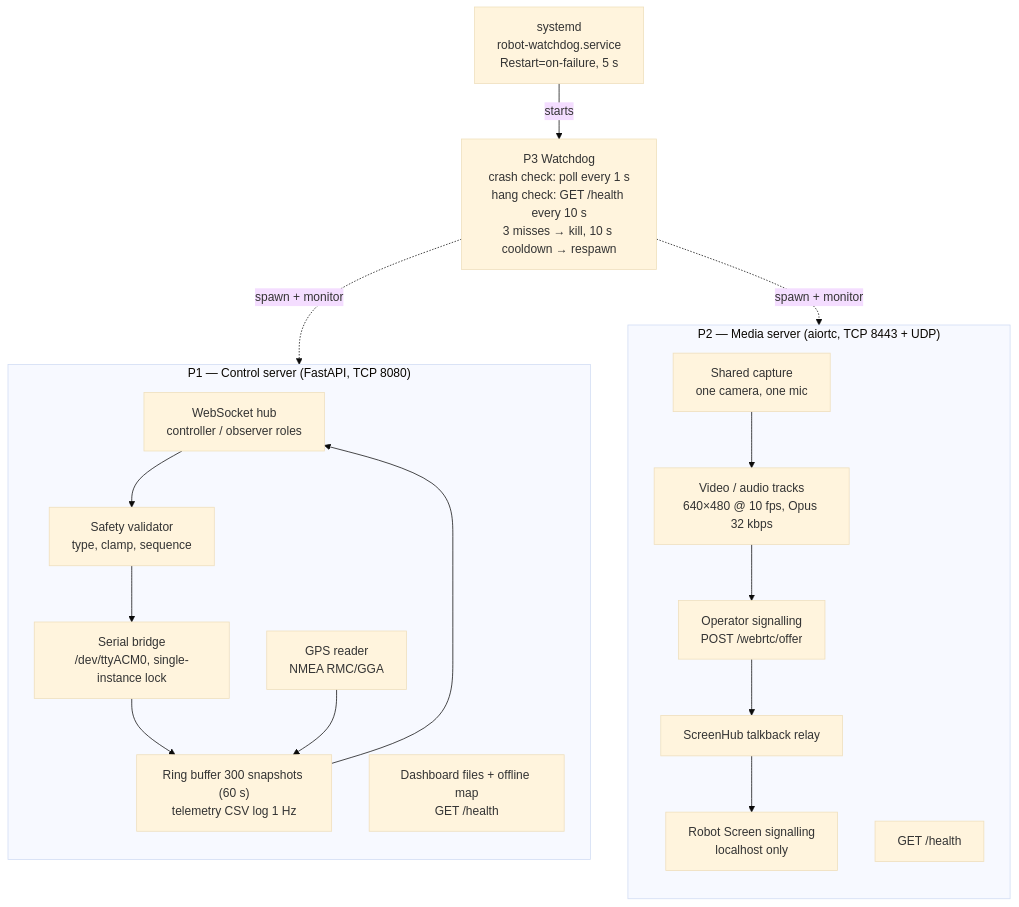
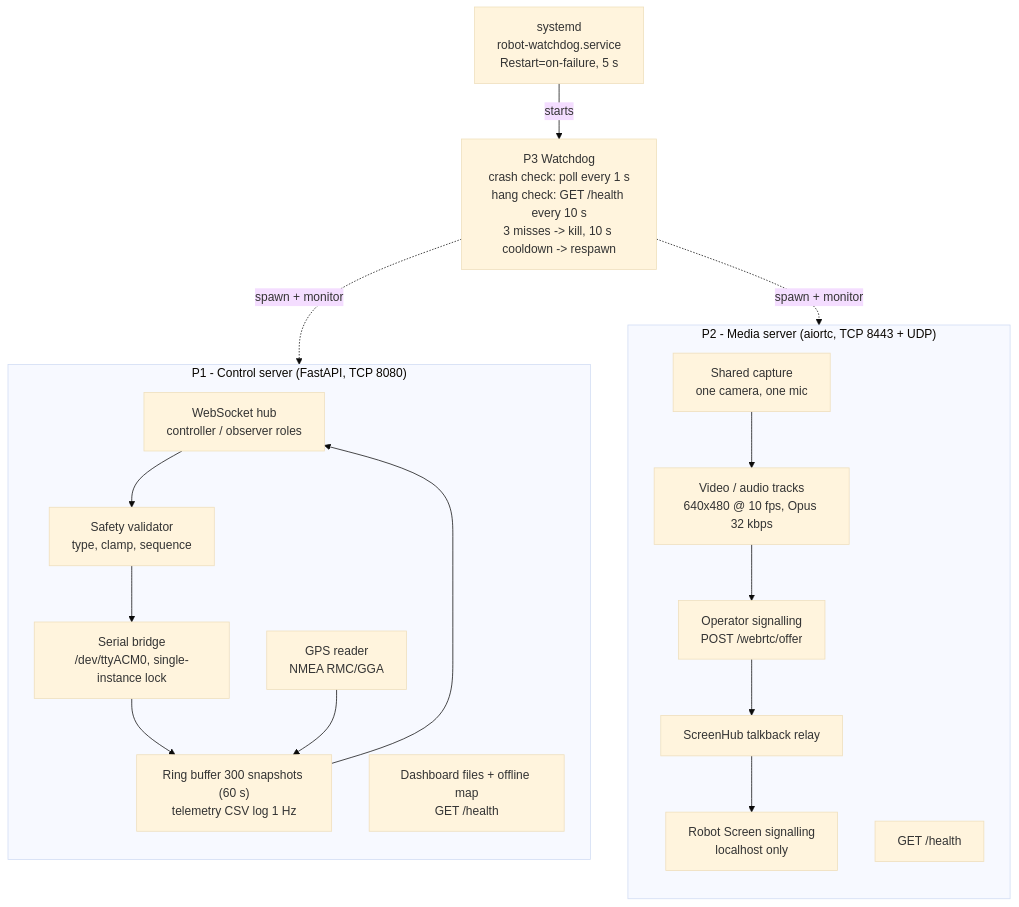
The fourth of 14 diagrams in research paper/methodology_diagrams.md (baiust999/robort-code-from-pi), drawn with Mermaid (base theme) before and after one commit. The commit also changed other lines of this file and 4 other files, not shown here.

````diff
--- a/research paper/methodology_diagrams.md
+++ b/research paper/methodology_diagrams.md
@@ -130,35 +130,35 @@
 ```mermaid
 flowchart TB
     SD["systemd<br/>robot-watchdog.service<br/>Restart=on-failure, 5 s"]
-    P3["P3 Watchdog<br/>crash check: poll every 1 s<br/>hang check: GET /health every 10 s<br/>3 misses → kill, 10 s cooldown → respawn"]
+    P3["P3 Watchdog<br/>crash check: poll every 1 s<br/>hang check: GET /health every 10 s<br/>3 misses -> kill, 10 s cooldown -> respawn"]
     SD -->|starts| P3
 
-    subgraph P1["P1 — Control server (FastAPI, TCP 8080)"]
+    subgraph P1["P1 - Control server (FastAPI, TCP 8080)"]
         direction TB
         WS["WebSocket hub<br/>controller / observer roles"]
         SF["Safety validator<br/>type, clamp, sequence"]
         SB["Serial bridge<br/>/dev/ttyACM0, single-instance lock"]
         GR["GPS reader<br/>NMEA RMC/GGA"]
         RB["Ring buffer 300 snapshots (60 s)<br/>telemetry CSV log 1 Hz"]
         ST["Dashboard files + offline map<br/>GET /health"]
         WS --> SF --> SB
         SB --> RB
         GR --> RB
         RB --> WS
     end
 
-    subgraph P2["P2 — Media server (aiortc, TCP 8443 + UDP)"]
+    subgraph P2["P2 - Media server (aiortc, TCP 8443 + UDP)"]
         direction TB
         OS["Operator signalling<br/>POST /webrtc/offer"]
         SC["Shared capture<br/>one camera, one mic"]
-        TR["Video / audio tracks<br/>640×480 @ 10 fps, Opus 32 kbps"]
+        TR["Video / audio tracks<br/>640x480 @ 10 fps, Opus 32 kbps"]
         SH["ScreenHub talkback relay"]
         RS["Robot Screen signalling<br/>localhost only"]
         H2["GET /health"]
         SC --> TR --> OS
         OS --> SH --> RS
     end
 
     P3 -. "spawn + monitor" .-> P1
     P3 -. "spawn + monitor" .-> P2
 ```
````
